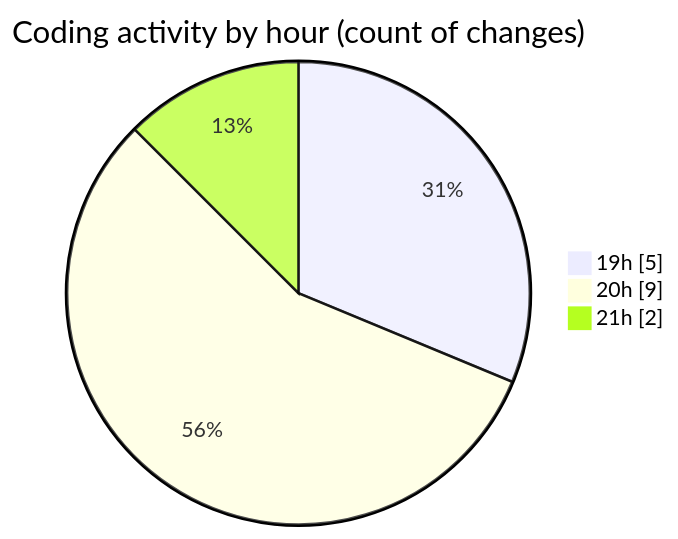
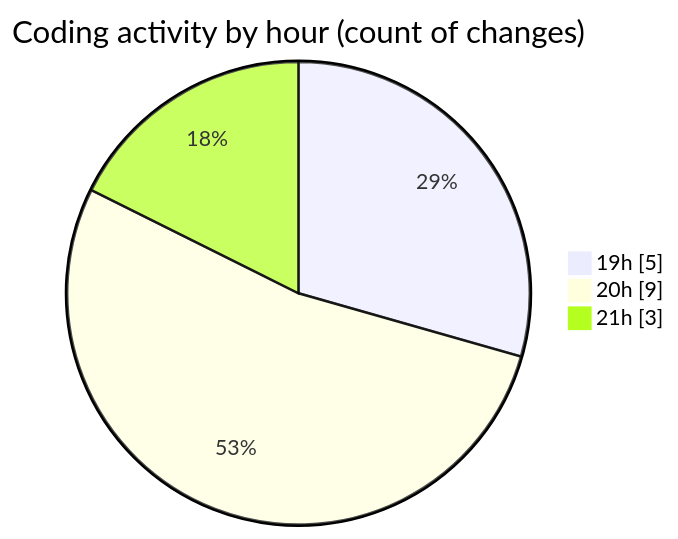
One commit to charlie-sans/code-tracking changed the second of 2 diagrams in 2025-02-19/micros/README.md. Above: the diagram before and after it, drawn with Mermaid. The commit also changed other lines of this file and 1 other file, not shown here.

````diff
--- a/2025-02-19/micros/README.md
+++ b/2025-02-19/micros/README.md
@@ -37,7 +37,7 @@
 ```mermaid
 pie showData
 title Coding activity by hour (count of changes)
 "19h" : 5
 "20h" : 9
-"21h" : 2
+"21h" : 3
 ```
````
